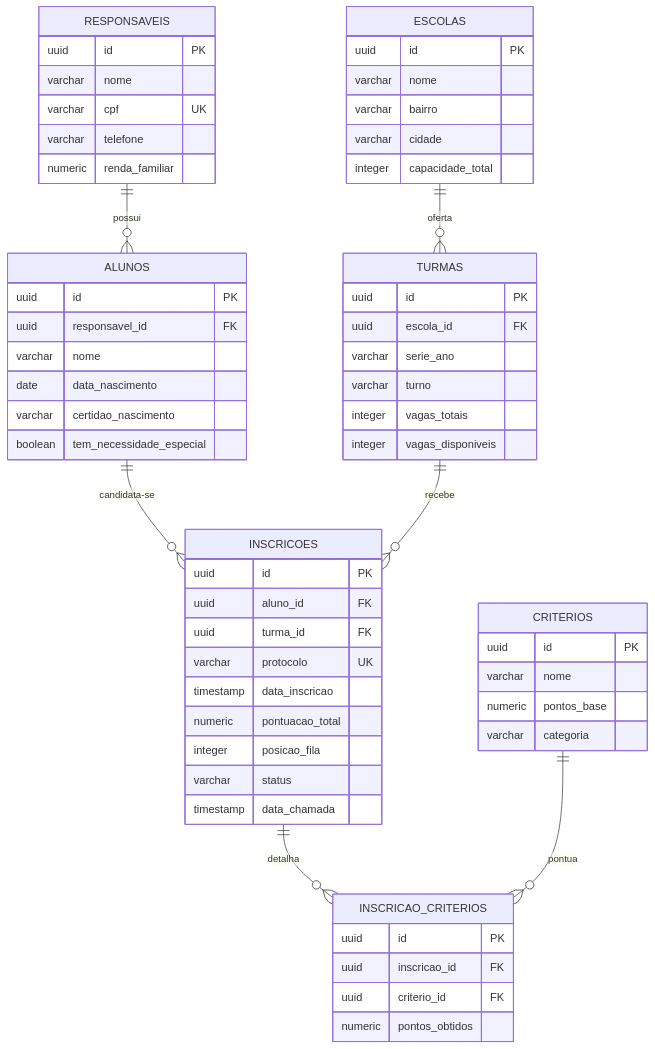
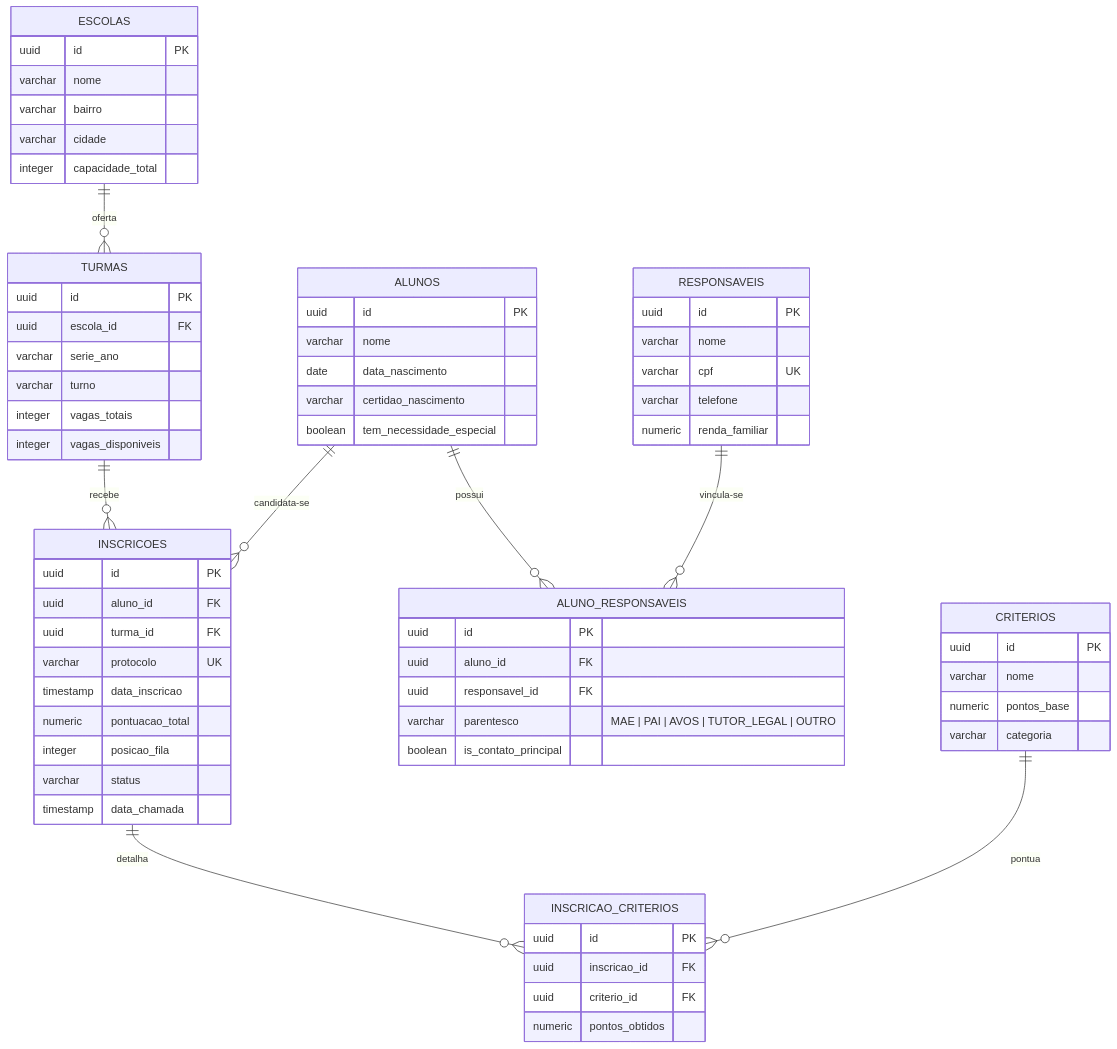
The diagram in README.md (Sistema-Integrado-de-Vagas-Escolares/backend), drawn with Mermaid before and after one commit. The commit also changed other lines of this file and 3 other files, not shown here.

Commit message:
feat(database): adicionar suporte a N:N entre alunos e responsaveis

````diff
--- a/README.md
+++ b/README.md
@@ -120,69 +120,77 @@
 ```mermaid
 erDiagram
     ESCOLAS ||--o{ TURMAS : "oferta"
-    RESPONSAVEIS ||--o{ ALUNOS : "possui"
+    ALUNOS ||--o{ ALUNO_RESPONSAVEIS : "possui"
+    RESPONSAVEIS ||--o{ ALUNO_RESPONSAVEIS : "vincula-se"
     ALUNOS ||--o{ INSCRICOES : "candidata-se"
     TURMAS ||--o{ INSCRICOES : "recebe"
     INSCRICOES ||--o{ INSCRICAO_CRITERIOS : "detalha"
     CRITERIOS ||--o{ INSCRICAO_CRITERIOS : "pontua"
 
     ESCOLAS {
         uuid id PK
         varchar nome
         varchar bairro
         varchar cidade
         integer capacidade_total
     }
 
     TURMAS {
         uuid id PK
         uuid escola_id FK
         varchar serie_ano
         varchar turno
         integer vagas_totais
         integer vagas_disponiveis
     }
 
     RESPONSAVEIS {
         uuid id PK
         varchar nome
         varchar cpf UK
         varchar telefone
         numeric renda_familiar
     }
 
     ALUNOS {
         uuid id PK
-        uuid responsavel_id FK
         varchar nome
         date data_nascimento
         varchar certidao_nascimento
         boolean tem_necessidade_especial
+    }
+
+    ALUNO_RESPONSAVEIS {
+        uuid id PK
+        uuid aluno_id FK
+        uuid responsavel_id FK
+        varchar parentesco "MAE | PAI | AVOS | TUTOR_LEGAL | OUTRO"
+        boolean is_contato_principal
     }
 
     INSCRICOES {
         uuid id PK
         uuid aluno_id FK
         uuid turma_id FK
         varchar protocolo UK
         timestamp data_inscricao
         numeric pontuacao_total
         integer posicao_fila
         varchar status
         timestamp data_chamada
     }
 
     CRITERIOS {
         uuid id PK
         varchar nome
         numeric pontos_base
         varchar categoria
     }
 
     INSCRICAO_CRITERIOS {
         uuid id PK
         uuid inscricao_id FK
         uuid criterio_id FK
         numeric pontos_obtidos
     }
 ```
````
